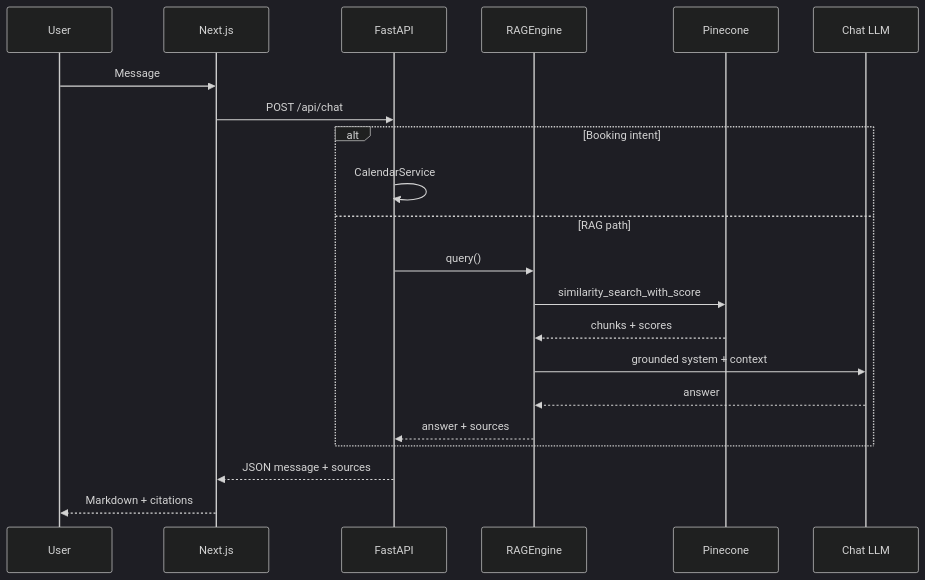
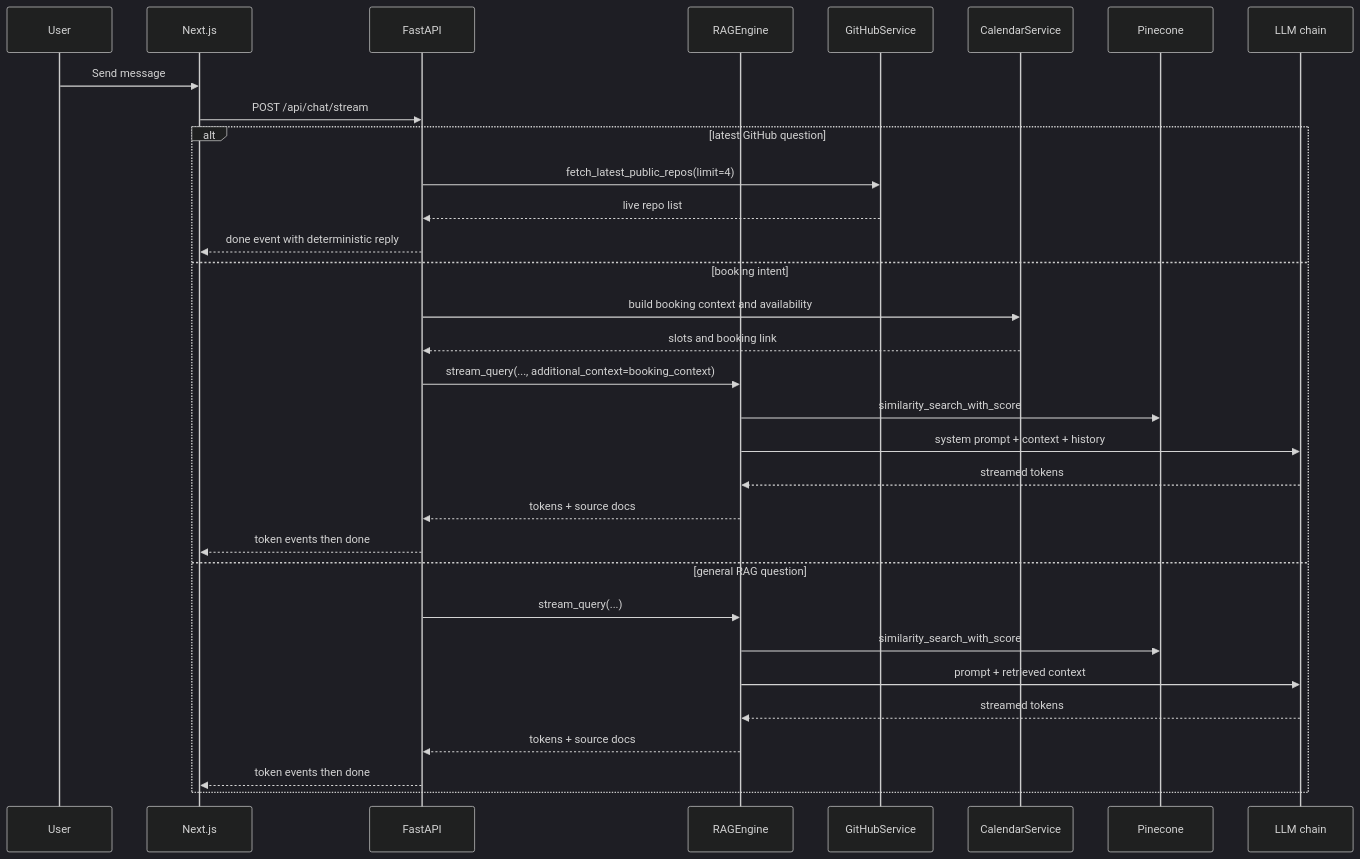
Before and after one commit to SarthakPaandey/Persona: the second of 3 diagrams in docs/ARCHITECTURE.md, drawn with Mermaid (dark theme). The commit also changed other lines of this file and 1 other file, not shown here.

Commit message:
chore: update architecture docs and Dockerfile

````diff
--- a/docs/ARCHITECTURE.md
+++ b/docs/ARCHITECTURE.md
@@ -71,23 +145,36 @@
 ```mermaid
 sequenceDiagram
     participant U as User
     participant FE as Next.js
     participant API as FastAPI
     participant RAG as RAGEngine
+    participant GS as GitHubService
+    participant CAL as CalendarService
     participant PC as Pinecone
-    participant LLM as Chat LLM
-    U->>FE: Message
-    FE->>API: POST /api/chat
-    alt Booking intent
-        API->>API: CalendarService
-    else RAG path
-        API->>RAG: query()
+    participant LLM as LLM chain
+
+    U->>FE: Send message
+    FE->>API: POST /api/chat/stream
+
+    alt latest GitHub question
+        API->>GS: fetch_latest_public_repos(limit=4)
+        GS-->>API: live repo list
+        API-->>FE: done event with deterministic reply
+    else booking intent
+        API->>CAL: build booking context and availability
+        CAL-->>API: slots and booking link
+        API->>RAG: stream_query(..., additional_context=booking_context)
         RAG->>PC: similarity_search_with_score
-        PC-->>RAG: chunks + scores
-        RAG->>LLM: grounded system + context
-        LLM-->>RAG: answer
-        RAG-->>API: answer + sources
+        RAG->>LLM: system prompt + context + history
+        LLM-->>RAG: streamed tokens
+        RAG-->>API: tokens + source docs
+        API-->>FE: token events then done
+    else general RAG question
+        API->>RAG: stream_query(...)
+        RAG->>PC: similarity_search_with_score
+        RAG->>LLM: prompt + retrieved context
+        LLM-->>RAG: streamed tokens
+        RAG-->>API: tokens + source docs
+        API-->>FE: token events then done
     end
-    API-->>FE: JSON message + sources
-    FE-->>U: Markdown + citations
 ```
````
